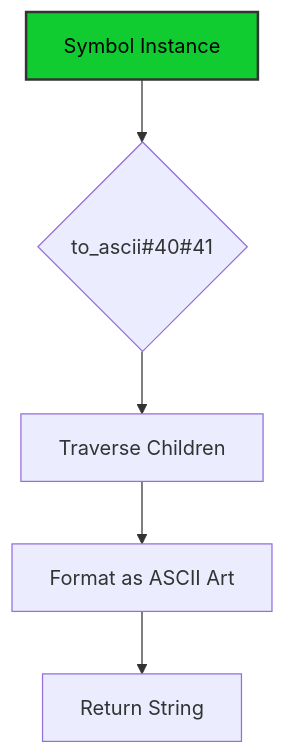
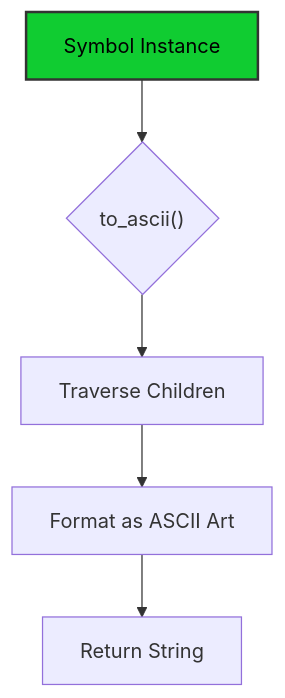
Before and after one commit to ikko/sym: the seventh of 13 diagrams in docs/readme_details/8_api_highlights/index.md, drawn with Mermaid. The commit also changed other lines of this file and 17 other files, not shown here.

````diff
--- a/docs/readme_details/8_api_highlights/index.md
+++ b/docs/readme_details/8_api_highlights/index.md
@@ -296,11 +296,11 @@
 ```mermaid
 graph TD
-    A[Symbol Instance] --> B{to_ascii#40#41};
+    A[Symbol Instance] --> B{to_ascii#40;#41;};
     B --> C[Traverse Children];
     C --> D[Format as ASCII Art];
     D --> E[Return String];
 
     style A fill:#10cc31,stroke:#333,stroke-width:2px,color:#000000;
 
     style A fill:#10cc31,stroke:#333,stroke-width:2px,color:#000000;
 ```
````
